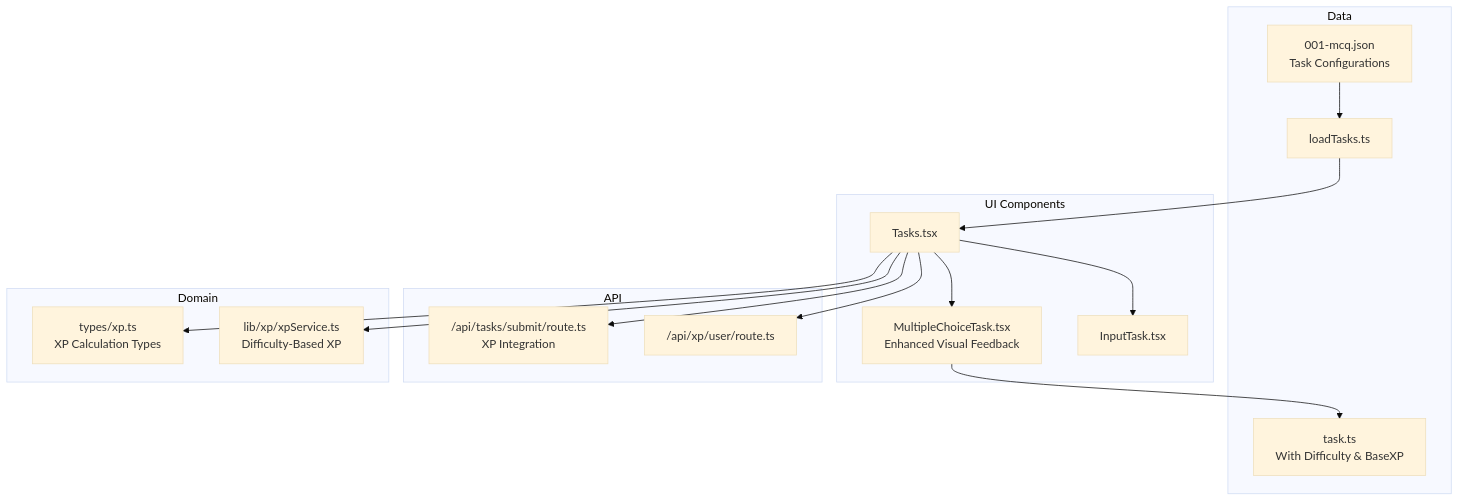
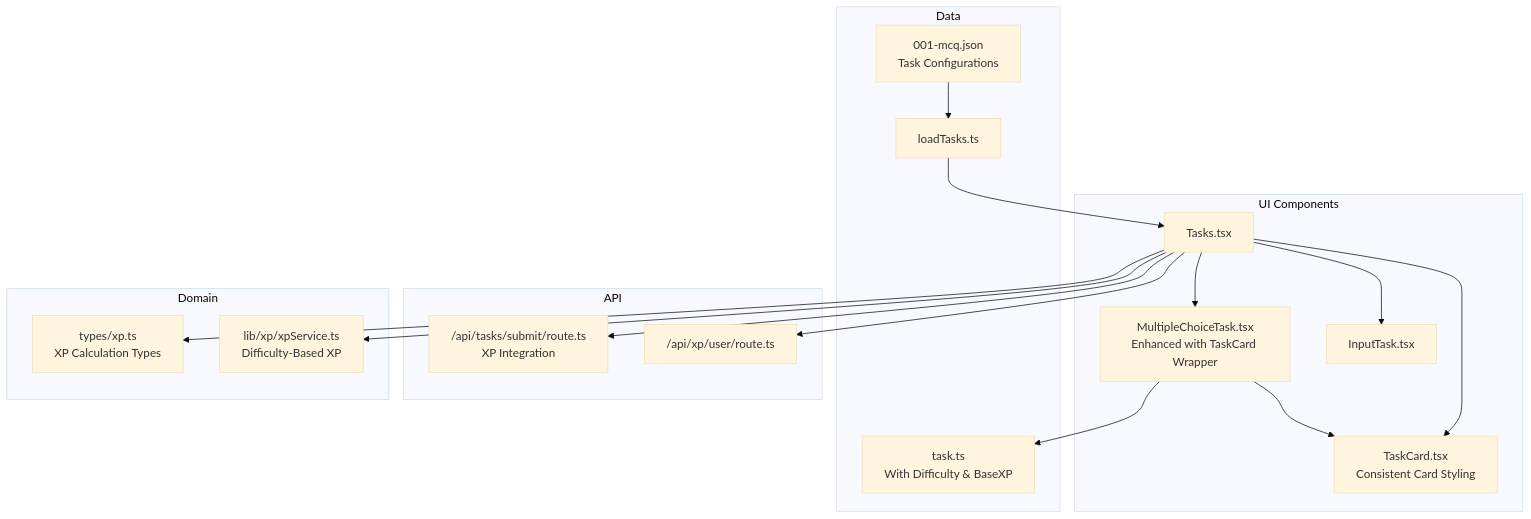
The first of 5 diagrams in .qoder/repowiki/en/content/Core Features/Learning Interface/Multiple Choice Tasks.md (AlexKutz/math-app-next-js), drawn with Mermaid (base theme) before and after one commit. The commit also changed other lines of this file and 125 other files, not shown here.

````diff
--- a/.qoder/repowiki/en/content/Core Features/Learning Interface/Multiple Choice Tasks.md
+++ b/.qoder/repowiki/en/content/Core Features/Learning Interface/Multiple Choice Tasks.md
@@ -50,30 +55,33 @@
 ```mermaid
 graph TB
 subgraph "UI Components"
-MC["MultipleChoiceTask.tsx<br/>Enhanced Visual Feedback"]
+MC["MultipleChoiceTask.tsx<br/>Enhanced with TaskCard Wrapper"]
+TC["TaskCard.tsx<br/>Consistent Card Styling"]
 TS["Tasks.tsx"]
 IT["InputTask.tsx"]
 end
 subgraph "Data"
 TSK["task.ts<br/>With Difficulty & BaseXP"]
 DATA["001-mcq.json<br/>Task Configurations"]
 LOAD["loadTasks.ts"]
 end
 subgraph "API"
 SUBMIT["/api/tasks/submit/route.ts<br/>XP Integration"]
 XPGET["/api/xp/user/route.ts"]
 end
 subgraph "Domain"
 TYPES["types/xp.ts<br/>XP Calculation Types"]
 XPSVC["lib/xp/xpService.ts<br/>Difficulty-Based XP"]
 end
 TS --> MC
+TS --> TC
 TS --> IT
 TS --> SUBMIT
 TS --> XPGET
 TS --> TYPES
 TS --> XPSVC
+MC --> TC
 MC --> TSK
 DATA --> LOAD
 LOAD --> TS
 ```
````
